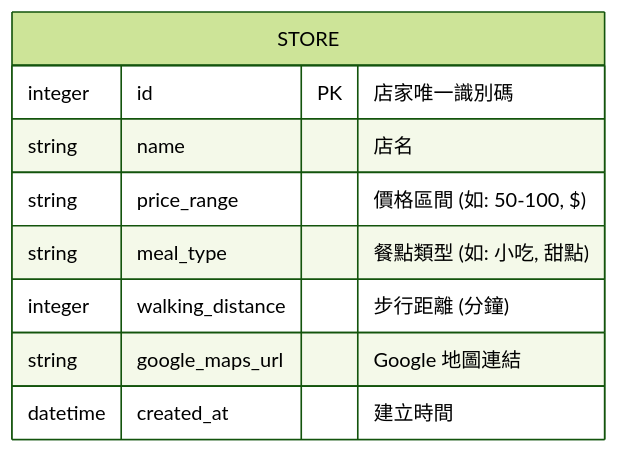
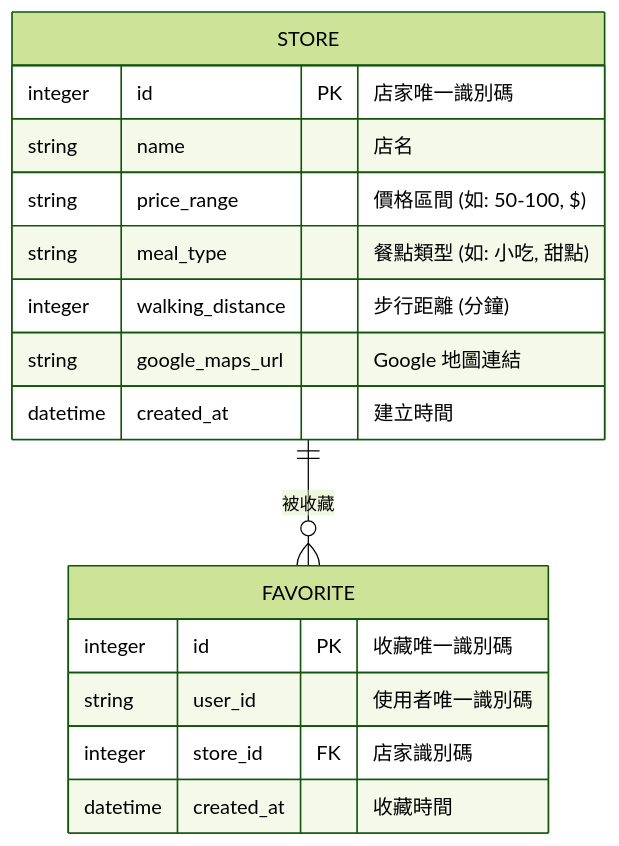
One commit to D1445268-cloud/eatfood changed the diagram in docs/DB_DESIGN.md. Above: the diagram before and after it, drawn with Mermaid (forest theme). The commit also changed other lines of this file and 11 other files, not shown here.

````diff
--- a/docs/DB_DESIGN.md
+++ b/docs/DB_DESIGN.md
@@ -7,12 +7,19 @@
 ```mermaid
 erDiagram
     STORE {
         integer id PK "店家唯一識別碼"
         string name "店名"
         string price_range "價格區間 (如: 50-100, $)"
         string meal_type "餐點類型 (如: 小吃, 甜點)"
         integer walking_distance "步行距離 (分鐘)"
         string google_maps_url "Google 地圖連結"
         datetime created_at "建立時間"
     }
+    FAVORITE {
+        integer id PK "收藏唯一識別碼"
+        string user_id "使用者唯一識別碼"
+        integer store_id FK "店家識別碼"
+        datetime created_at "收藏時間"
+    }
+    STORE ||--o{ FAVORITE : "被收藏"
 ```
````
